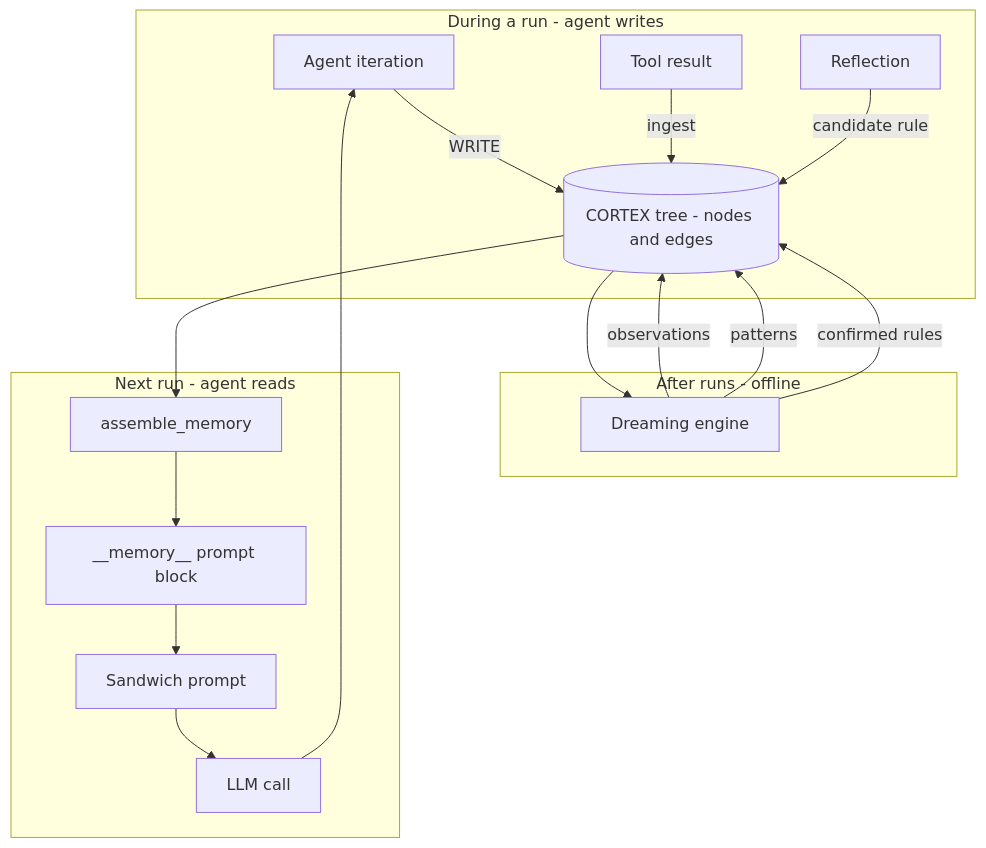
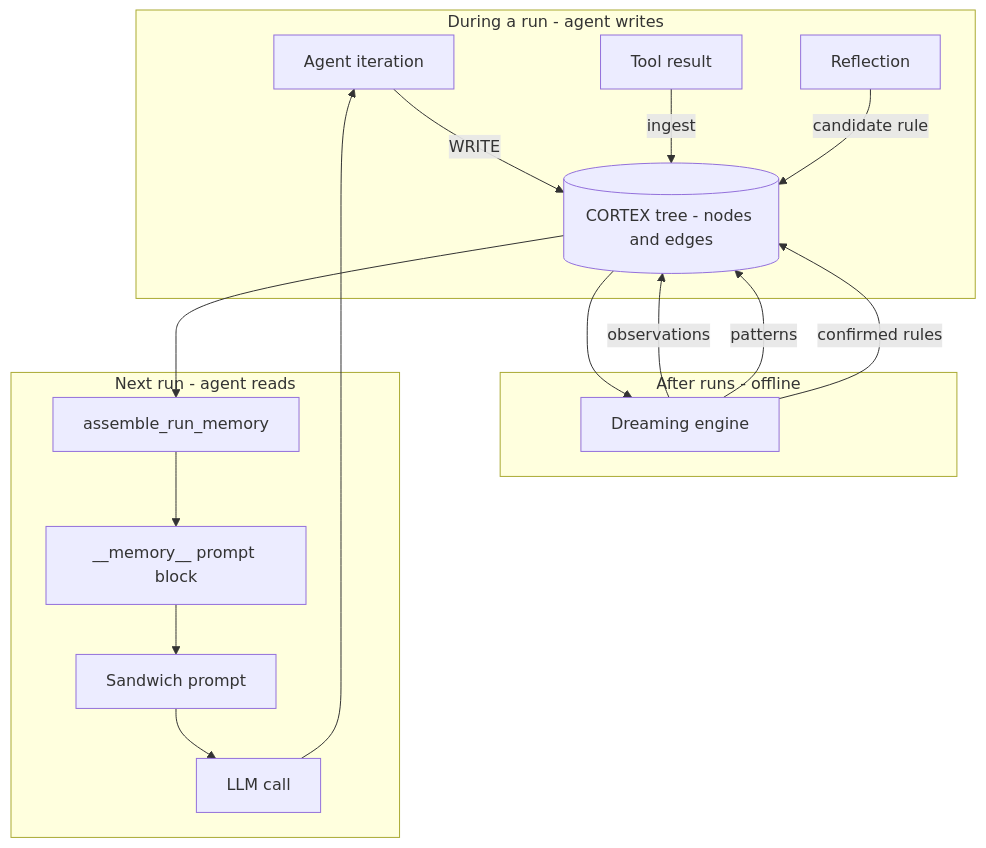
One commit to gondolerahul/hire-buddha-app changed the first of 24 diagrams in docs/current/08-memory-and-cortex.md. Above: the diagram before and after it, drawn with Mermaid. The commit also changed other lines of this file and 5 other files, not shown here.

````diff
--- a/docs/current/08-memory-and-cortex.md
+++ b/docs/current/08-memory-and-cortex.md
@@ -54,24 +54,24 @@
 ```mermaid
 flowchart TB
     subgraph Write["During a run - agent writes"]
         AG["Agent iteration"] -->|WRITE| TREE[("CORTEX tree - nodes and edges")]
         TOOL["Tool result"] -->|ingest| TREE
         REFL["Reflection"] -->|candidate rule| TREE
     end
 
     subgraph Sleep["After runs - offline"]
         TREE --> DREAM["Dreaming engine"]
         DREAM -->|observations| TREE
         DREAM -->|patterns| TREE
         DREAM -->|confirmed rules| TREE
     end
 
     subgraph Read["Next run - agent reads"]
-        TREE --> ASM["assemble_memory"]
+        TREE --> ASM["assemble_run_memory"]
         ASM --> BLOCK["__memory__ prompt block"]
         BLOCK --> PROMPT["Sandwich prompt"]
         PROMPT --> LLM["LLM call"]
     end
 
     LLM --> AG
 ```
````
